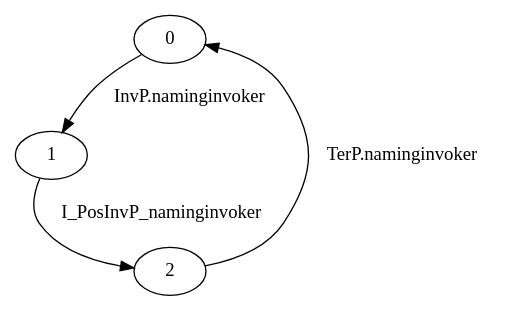
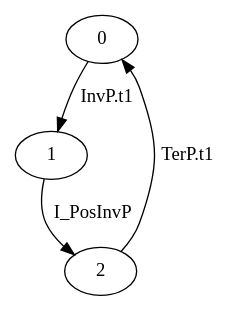
The diagram in src/cspspecs/NAMINGINVOKER.dot (nsrosa70/midarch-go-v13), drawn with Graphviz before and after one commit. The commit also changed 59 other files, not shown here.

```diff
--- a/src/cspspecs/NAMINGINVOKER.dot
+++ b/src/cspspecs/NAMINGINVOKER.dot
@@ -1,5 +1,5 @@
 digraph G {
-  0 -> 1 [ label="InvP.naminginvoker" ];
-  1 -> 2 [ label="I_PosInvP_naminginvoker" ];
-  2 -> 0 [ label="TerP.naminginvoker" ];
+  0 -> 1 [ label="InvP.t1" ];
+  1 -> 2 [ label="I_PosInvP" ];
+  2 -> 0 [ label="TerP.t1" ];
 }
```
